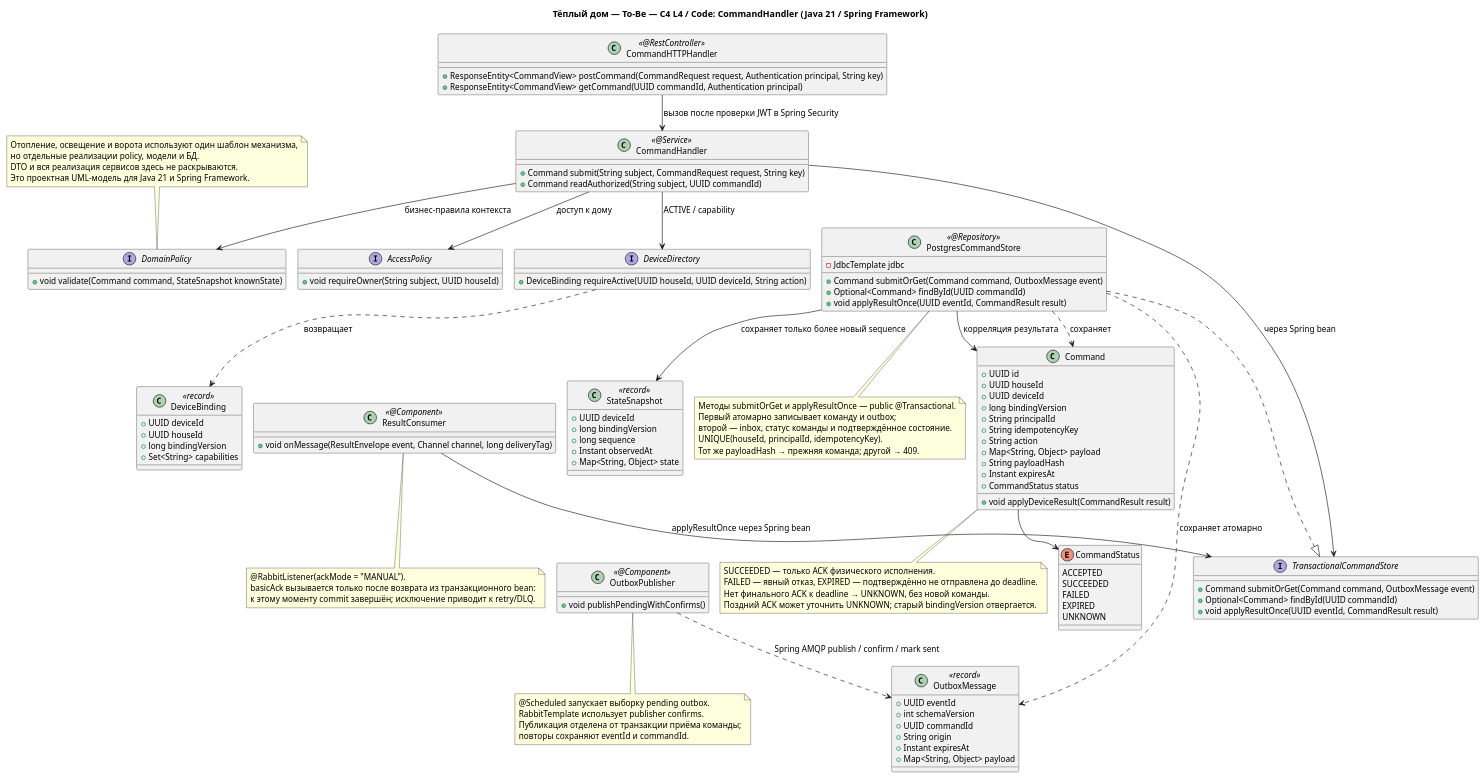
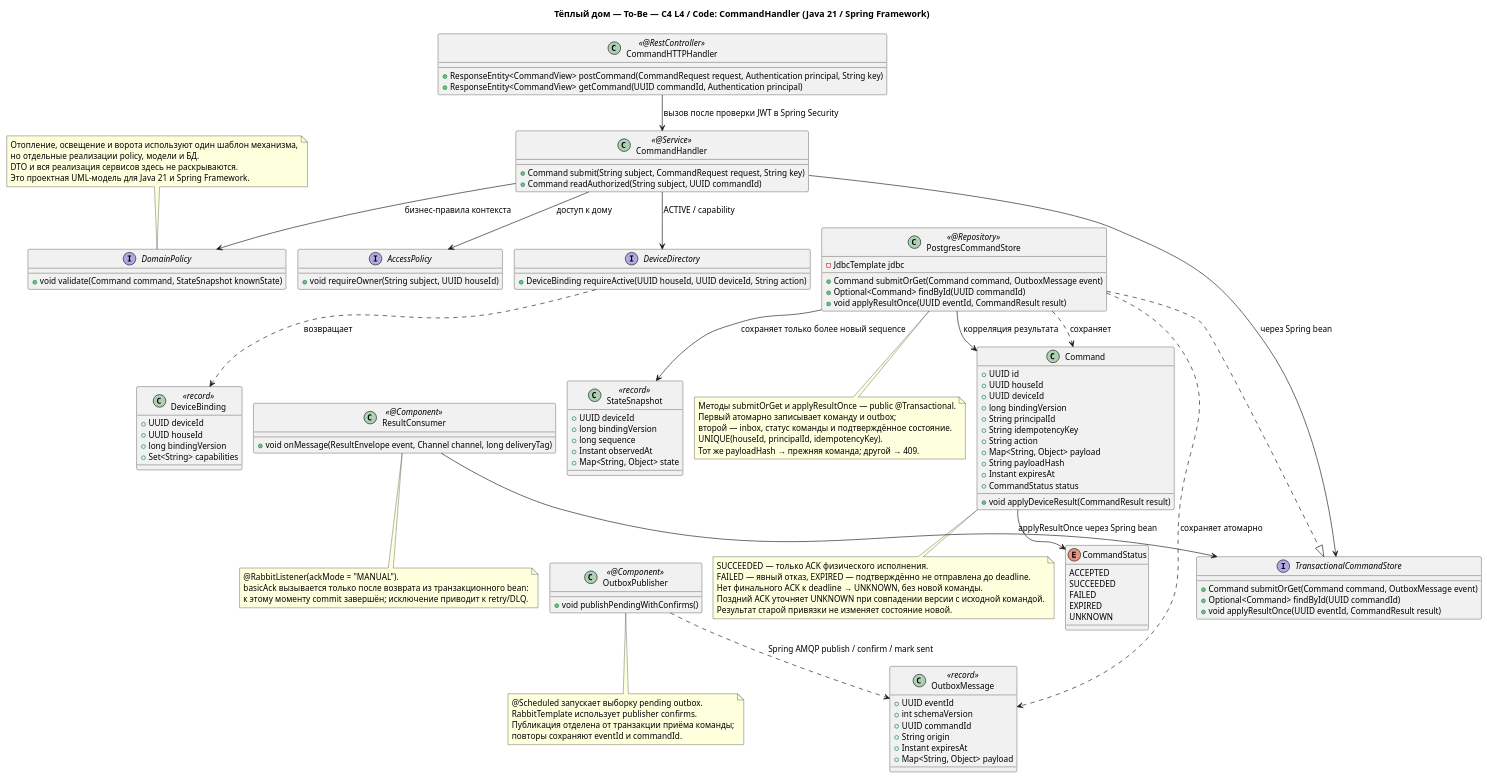
Before and after one commit to AleksAbramovWEB/architecture-warmhouse: the diagram in docs/diagrams/to-be/c4-l4-code-command-model.puml, drawn with PlantUML. The commit also changed 17 other files, not shown here.

```diff
--- a/docs/diagrams/to-be/c4-l4-code-command-model.puml
+++ b/docs/diagrams/to-be/c4-l4-code-command-model.puml
@@ -1,135 +1,136 @@
 @startuml c4-l4-code-command-model
 !pragma layout smetana
 skinparam defaultFontName SansSerif
 skinparam defaultFontSize 13
 
 title Тёплый дом — To-Be — C4 L4 / Code: CommandHandler (Java 21 / Spring Framework)
 
 interface AccessPolicy {
   +void requireOwner(String subject, UUID houseId)
 }
 interface DeviceDirectory {
   +DeviceBinding requireActive(UUID houseId, UUID deviceId, String action)
 }
 interface DomainPolicy {
   +void validate(Command command, StateSnapshot knownState)
 }
 interface TransactionalCommandStore {
   +Command submitOrGet(Command command, OutboxMessage event)
   +Optional<Command> findById(UUID commandId)
   +void applyResultOnce(UUID eventId, CommandResult result)
 }
 class PostgresCommandStore <<@Repository>> {
   -JdbcTemplate jdbc
   +Command submitOrGet(Command command, OutboxMessage event)
   +Optional<Command> findById(UUID commandId)
   +void applyResultOnce(UUID eventId, CommandResult result)
 }
 class CommandHTTPHandler <<@RestController>> {
   +ResponseEntity<CommandView> postCommand(CommandRequest request, Authentication principal, String key)
   +ResponseEntity<CommandView> getCommand(UUID commandId, Authentication principal)
 }
 class CommandHandler <<@Service>> {
   +Command submit(String subject, CommandRequest request, String key)
   +Command readAuthorized(String subject, UUID commandId)
 }
 class Command {
   +UUID id
   +UUID houseId
   +UUID deviceId
   +long bindingVersion
   +String principalId
   +String idempotencyKey
   +String action
   +Map<String, Object> payload
   +String payloadHash
   +Instant expiresAt
   +CommandStatus status
   +void applyDeviceResult(CommandResult result)
 }
 enum CommandStatus {
   ACCEPTED
   SUCCEEDED
   FAILED
   EXPIRED
   UNKNOWN
 }
 class DeviceBinding <<record>> {
   +UUID deviceId
   +UUID houseId
   +long bindingVersion
   +Set<String> capabilities
 }
 class OutboxMessage <<record>> {
   +UUID eventId
   +int schemaVersion
   +UUID commandId
   +String origin
   +Instant expiresAt
   +Map<String, Object> payload
 }
 class OutboxPublisher <<@Component>> {
   +void publishPendingWithConfirms()
 }
 class ResultConsumer <<@Component>> {
   +void onMessage(ResultEnvelope event, Channel channel, long deliveryTag)
 }
 class StateSnapshot <<record>> {
   +UUID deviceId
   +long bindingVersion
   +long sequence
   +Instant observedAt
   +Map<String, Object> state
 }
 CommandHTTPHandler --> CommandHandler : вызов после проверки JWT в Spring Security
 CommandHandler --> AccessPolicy : доступ к дому
 CommandHandler --> DeviceDirectory : ACTIVE / capability
 CommandHandler --> DomainPolicy : бизнес-правила контекста
 DeviceDirectory ..> DeviceBinding : возвращает
 CommandHandler --> TransactionalCommandStore : через Spring bean
 PostgresCommandStore ..|> TransactionalCommandStore
 PostgresCommandStore ..> Command : сохраняет
 PostgresCommandStore ..> OutboxMessage : сохраняет атомарно
 Command --> CommandStatus
 OutboxPublisher ..> OutboxMessage : Spring AMQP publish / confirm / mark sent
 ResultConsumer --> TransactionalCommandStore : applyResultOnce через Spring bean
 PostgresCommandStore --> Command : корреляция результата
 PostgresCommandStore --> StateSnapshot : сохраняет только более новый sequence
 
 ' Keep admission, persistence and asynchronous workers in successive rows.
 CommandHandler -[hidden]down-> PostgresCommandStore
 PostgresCommandStore -[hidden]down-> ResultConsumer
 ResultConsumer -[hidden]down-> OutboxPublisher
 
 note bottom of PostgresCommandStore
   Методы submitOrGet и applyResultOnce — public @Transactional.
   Первый атомарно записывает команду и outbox;
   второй — inbox, статус команды и подтверждённое состояние.
   UNIQUE(houseId, principalId, idempotencyKey).
   Тот же payloadHash → прежняя команда; другой → 409.
 end note
 note bottom of ResultConsumer
   @RabbitListener(ackMode = "MANUAL").
   basicAck вызывается только после возврата из транзакционного bean:
   к этому моменту commit завершён; исключение приводит к retry/DLQ.
 end note
 note bottom of OutboxPublisher
   @Scheduled запускает выборку pending outbox.
   RabbitTemplate использует publisher confirms.
   Публикация отделена от транзакции приёма команды;
   повторы сохраняют eventId и commandId.
 end note
 note bottom of Command
   SUCCEEDED — только ACK физического исполнения.
   FAILED — явный отказ, EXPIRED — подтверждённо не отправлена до deadline.
   Нет финального ACK к deadline → UNKNOWN, без новой команды.
-  Поздний ACK может уточнить UNKNOWN; старый bindingVersion отвергается.
+  Поздний ACK уточняет UNKNOWN при совпадении версии с исходной командой.
+  Результат старой привязки не изменяет состояние новой.
 end note
 note top of DomainPolicy
   Отопление, освещение и ворота используют один шаблон механизма,
   но отдельные реализации policy, модели и БД.
   DTO и вся реализация сервисов здесь не раскрываются.
   Это проектная UML-модель для Java 21 и Spring Framework.
 end note
 
 @enduml
```
